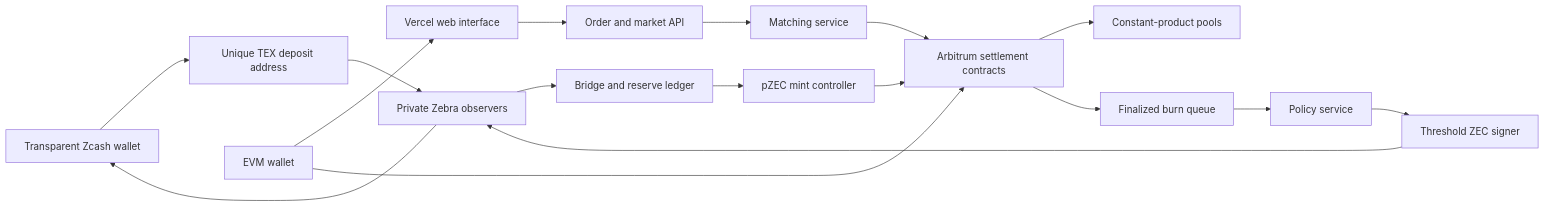
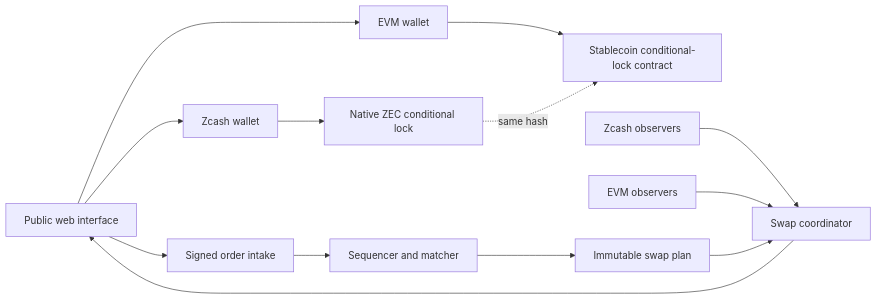
Before and after one commit to EauDoon/Phlebas: the diagram in docs/ARCHITECTURE.md, drawn with Mermaid. The commit also changed other lines of this file, not shown here.

````diff
--- a/docs/ARCHITECTURE.md
+++ b/docs/ARCHITECTURE.md
@@ -59,21 +46,19 @@
 ```mermaid
 flowchart LR
-    ZW[Transparent Zcash wallet] --> TEX[Unique TEX deposit address]
-    TEX --> ZN[Private Zebra observers]
-    ZN --> BL[Bridge and reserve ledger]
-    BL --> MC[pZEC mint controller]
-    MC --> AR[Arbitrum settlement contracts]
+    ZW[Zcash wallet] --> ZL[Native ZEC conditional lock]
+    EW[EVM wallet] --> EL[Stablecoin conditional-lock contract]
 
-    EW[EVM wallet] --> UI[Vercel web interface]
-    UI --> API[Order and market API]
-    API --> ME[Matching service]
-    ME --> AR
-    EW --> AR
-    AR --> AMM[Constant-product pools]
+    UI[Public web interface] --> OI[Signed order intake]
+    OI --> SQ[Sequencer and matcher]
+    SQ --> SP[Immutable swap plan]
 
-    AR --> BQ[Finalized burn queue]
-    BQ --> PS[Policy service]
-    PS --> TS[Threshold ZEC signer]
-    TS --> ZN
-    ZN --> ZW
+    ZO[Zcash observers] --> CO[Swap coordinator]
+    EO[EVM observers] --> CO
+    SP --> CO
+
+    CO --> UI
+    UI --> ZW
+    UI --> EW
+
+    ZL -. same hash .-> EL
 ```
````
